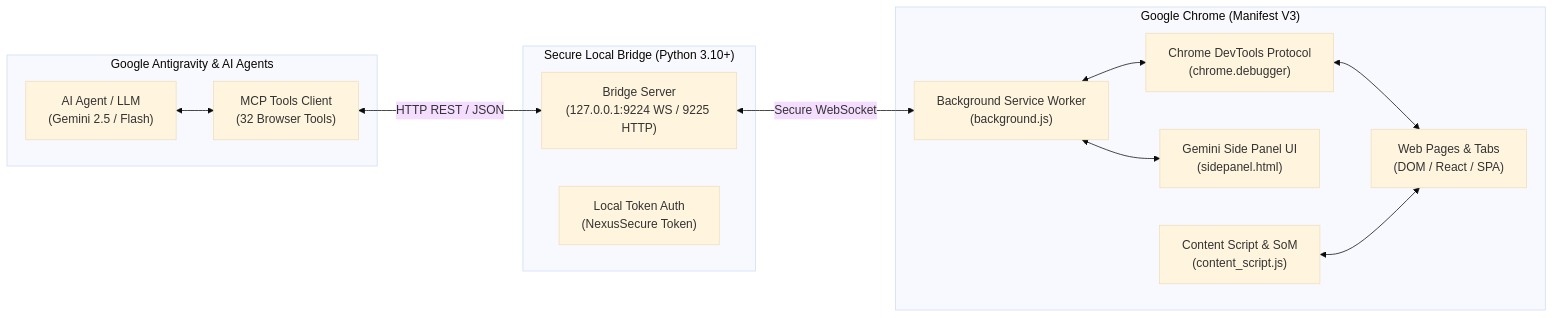
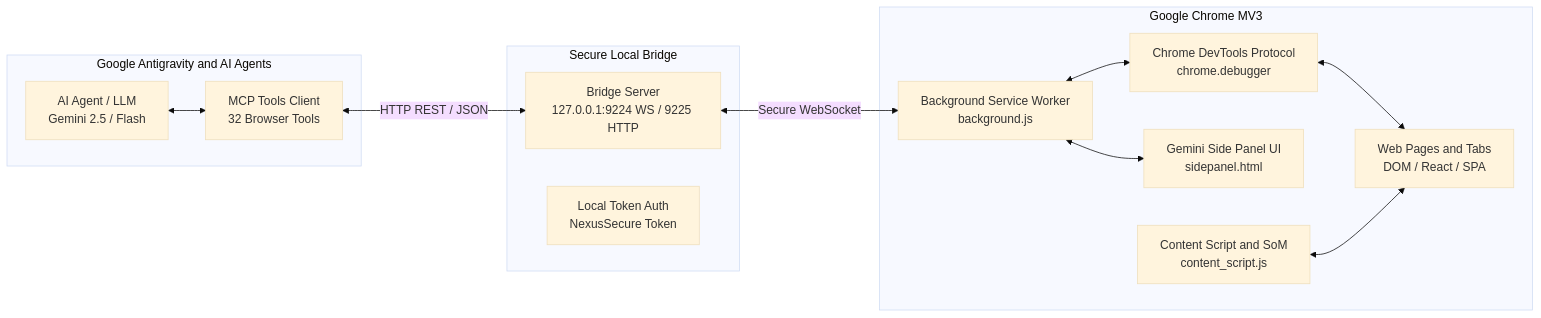
Before and after one commit to pironjulien/NexusBrowser: the diagram in README.md, drawn with Mermaid (base theme).

Commit message:
fix(docs): sanitize Mermaid diagram syntax for GitHub

````diff
--- a/README.md
+++ b/README.md
@@ -70,28 +70,28 @@
 ```mermaid
 flowchart LR
-    subgraph Antigravity["Google Antigravity & AI Agents"]
-        Agent["AI Agent / LLM\n(Gemini 2.5 / Flash)"]
-        MCP["MCP Tools Client\n(32 Browser Tools)"]
+    subgraph Antigravity ["Google Antigravity and AI Agents"]
+        Agent["AI Agent / LLM<br/>Gemini 2.5 / Flash"]
+        MCP["MCP Tools Client<br/>32 Browser Tools"]
     end
 
-    subgraph Bridge["Secure Local Bridge (Python 3.10+)"]
-        Server["Bridge Server\n(127.0.0.1:9224 WS / 9225 HTTP)"]
-        TokenAuth["Local Token Auth\n(NexusSecure Token)"]
+    subgraph Bridge ["Secure Local Bridge"]
+        Server["Bridge Server<br/>127.0.0.1:9224 WS / 9225 HTTP"]
+        TokenAuth["Local Token Auth<br/>NexusSecure Token"]
     end
 
-    subgraph Chrome["Google Chrome (Manifest V3)"]
-        SW["Background Service Worker\n(background.js)"]
-        CDP["Chrome DevTools Protocol\n(chrome.debugger)"]
-        SidePanel["Gemini Side Panel UI\n(sidepanel.html)"]
-        ContentScript["Content Script & SoM\n(content_script.js)"]
-        Tabs["Web Pages & Tabs\n(DOM / React / SPA)"]
+    subgraph Chrome ["Google Chrome MV3"]
+        SW["Background Service Worker<br/>background.js"]
+        CDP["Chrome DevTools Protocol<br/>chrome.debugger"]
+        SidePanel["Gemini Side Panel UI<br/>sidepanel.html"]
+        ContentScript["Content Script and SoM<br/>content_script.js"]
+        Tabs["Web Pages and Tabs<br/>DOM / React / SPA"]
     end
 
     Agent <--> MCP
-    MCP <-->|HTTP REST / JSON| Server
-    Server <-->|Secure WebSocket| SW
+    MCP <-->|"HTTP REST / JSON"| Server
+    Server <-->|"Secure WebSocket"| SW
     SW <--> CDP
     SW <--> SidePanel
     CDP <--> Tabs
     ContentScript <--> Tabs
 ```
````
